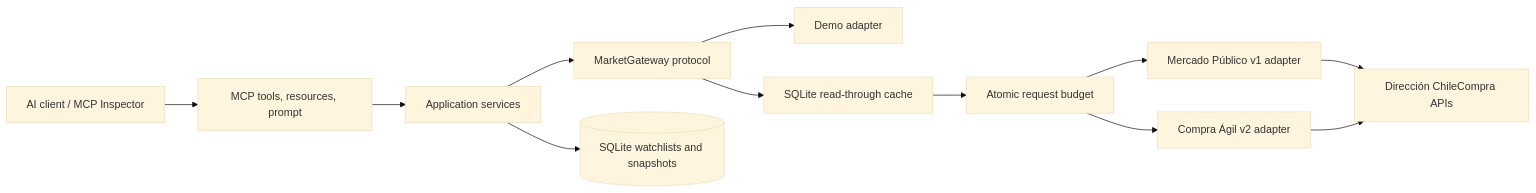
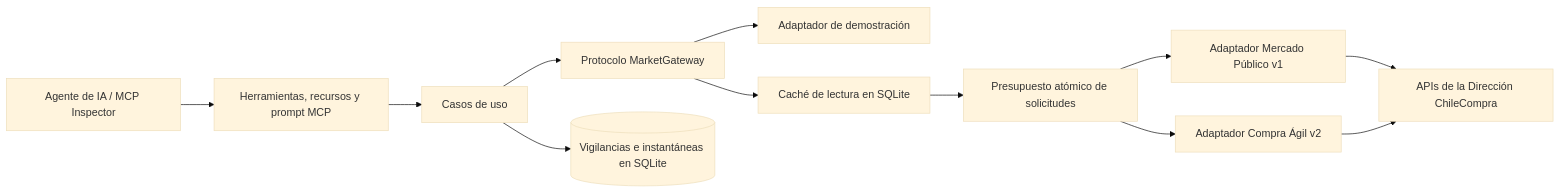
The diagram in README.md (EmersonDiazG/procuracl-mcp), drawn with Mermaid (base theme) before and after one commit. The commit also changed other lines of this file and 8 other files, not shown here.

````diff
--- a/README.md
+++ b/README.md
@@ -45,14 +54,14 @@
 ```mermaid
 flowchart LR
-    Host[AI client / MCP Inspector] --> MCP[MCP tools, resources, prompt]
-    MCP --> App[Application services]
-    App --> Port[MarketGateway protocol]
-    Port --> Demo[Demo adapter]
-    Port --> Cache[SQLite read-through cache]
-    Cache --> Budget[Atomic request budget]
-    Budget --> V1[Mercado Público v1 adapter]
-    Budget --> V2[Compra Ágil v2 adapter]
-    V1 --> ChileCompra[Dirección ChileCompra APIs]
+    Cliente[Agente de IA / MCP Inspector] --> MCP[Herramientas, recursos y prompt MCP]
+    MCP --> Aplicacion[Casos de uso]
+    Aplicacion --> Puerto[Protocolo MarketGateway]
+    Puerto --> Demo[Adaptador de demostración]
+    Puerto --> Cache[Caché de lectura en SQLite]
+    Cache --> Cuota[Presupuesto atómico de solicitudes]
+    Cuota --> V1[Adaptador Mercado Público v1]
+    Cuota --> V2[Adaptador Compra Ágil v2]
+    V1 --> ChileCompra[APIs de la Dirección ChileCompra]
     V2 --> ChileCompra
-    App --> Repo[(SQLite watchlists and snapshots)]
+    Aplicacion --> Persistencia[(Vigilancias e instantáneas en SQLite)]
 ```
````
